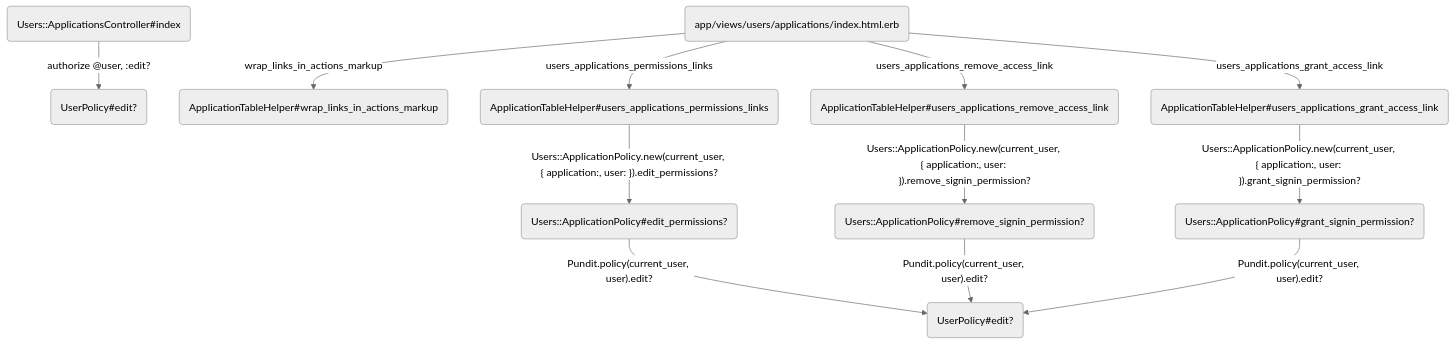
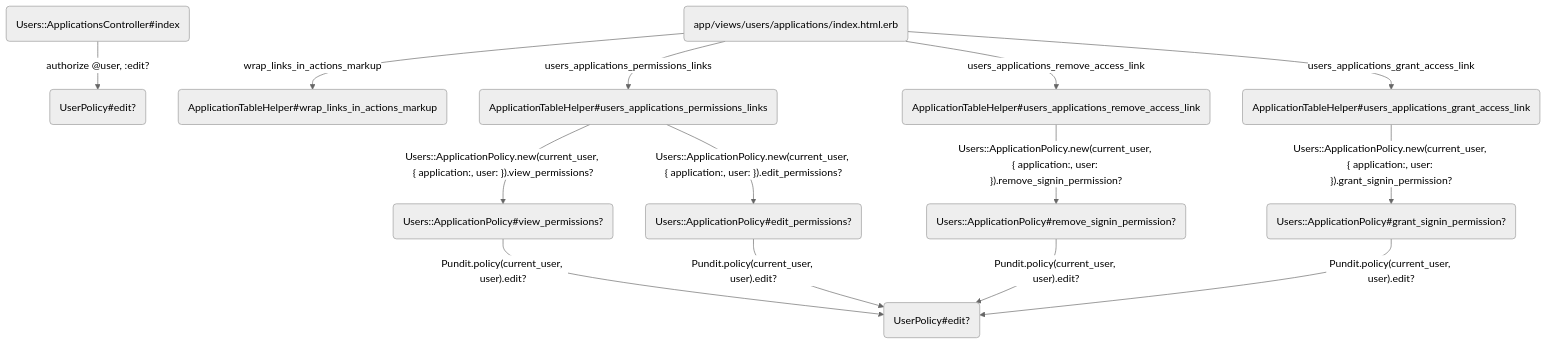
Before and after one commit to alphagov/signon: the seventh of 12 diagrams in docs/access_and_permissions.md, drawn with Mermaid (neutral theme). The commit also changed 5 other files, not shown here.

First line of the commit message:
Explicitly policy-wall user view permissions link

````diff
--- a/docs/access_and_permissions.md
+++ b/docs/access_and_permissions.md
@@ -186,14 +186,16 @@
 ```mermaid
 flowchart TD
     A(Users::ApplicationsController#index) --authorize @user, :edit?--> B(UserPolicy#edit?)
     C(app/views/users/applications/index.html.erb) --wrap_links_in_actions_markup--> D(ApplicationTableHelper#wrap_links_in_actions_markup)
     C --users_applications_permissions_links--> E(ApplicationTableHelper#users_applications_permissions_links)
-    E --Users::ApplicationPolicy.new(current_user, { application:, user: }).edit_permissions?--> F(Users::ApplicationPolicy#edit_permissions?)
+    E --Users::ApplicationPolicy.new(current_user, { application:, user: }).view_permissions?--> F(Users::ApplicationPolicy#view_permissions?)
     F --Pundit.policy(current_user, user).edit?--> G(UserPolicy#edit?)
-    C --users_applications_remove_access_link--> H(ApplicationTableHelper#users_applications_remove_access_link)
-    H --Users::ApplicationPolicy.new(current_user, { application:, user: }).remove_signin_permission?--> I(Users::ApplicationPolicy#remove_signin_permission?)
-    I --Pundit.policy(current_user, user).edit?--> G
-    C --users_applications_grant_access_link--> J(ApplicationTableHelper#users_applications_grant_access_link)
-    J --Users::ApplicationPolicy.new(current_user, { application:, user: }).grant_signin_permission?--> K(Users::ApplicationPolicy#grant_signin_permission?)
-    K --Pundit.policy(current_user, user).edit?--> G
+    E --Users::ApplicationPolicy.new(current_user, { application:, user: }).edit_permissions?--> H(Users::ApplicationPolicy#edit_permissions?)
+    H --Pundit.policy(current_user, user).edit?--> G
+    C --users_applications_remove_access_link--> I(ApplicationTableHelper#users_applications_remove_access_link)
+    I --Users::ApplicationPolicy.new(current_user, { application:, user: }).remove_signin_permission?--> J(Users::ApplicationPolicy#remove_signin_permission?)
+    J --Pundit.policy(current_user, user).edit?--> G
+    C --users_applications_grant_access_link--> K(ApplicationTableHelper#users_applications_grant_access_link)
+    K --Users::ApplicationPolicy.new(current_user, { application:, user: }).grant_signin_permission?--> L(Users::ApplicationPolicy#grant_signin_permission?)
+    L --Pundit.policy(current_user, user).edit?--> G
 ```
````
